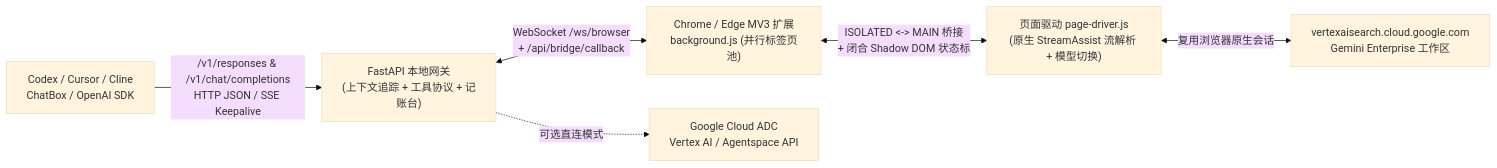
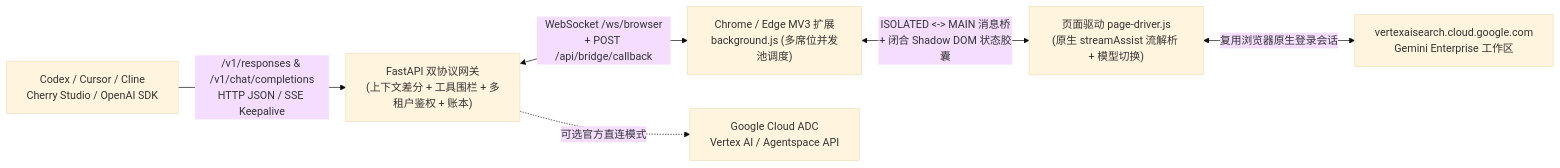
One commit to MagicalNobodee/Gemini-Enterprise-Responses-Bridge changed the diagram in README.md. Above: the diagram before and after it, drawn with Mermaid (base theme). The commit also changed other lines of this file and 9 other files, not shown here.

````diff
--- a/README.md
+++ b/README.md
@@ -51,8 +283,8 @@
 ```mermaid
 flowchart LR
-    Client["Codex / Cursor / Cline\nChatBox / OpenAI SDK"] -->|"/v1/responses & /v1/chat/completions\nHTTP JSON / SSE Keepalive"| Server["FastAPI 本地网关\n(上下文追踪 + 工具协议 + 记账台)"]
-    Server <-->|"WebSocket /ws/browser\n+ /api/bridge/callback"| SW["Chrome / Edge MV3 扩展\nbackground.js (并行标签页池)"]
-    SW <-->|"ISOLATED <-> MAIN 桥接\n+ 闭合 Shadow DOM 状态标"| Driver["页面驱动 page-driver.js\n(原生 StreamAssist 流解析 + 模型切换)"]
-    Driver <-->|"复用浏览器原生会话"| Web["vertexaisearch.cloud.google.com\nGemini Enterprise 工作区"]
-    Server -.->|"可选直连模式"| GCloud["Google Cloud ADC\nVertex AI / Agentspace API"]
+    Client["Codex / Cursor / Cline\nCherry Studio / OpenAI SDK"] -->|"/v1/responses & /v1/chat/completions\nHTTP JSON / SSE Keepalive"| Gateway["FastAPI 双协议网关\n(上下文差分 + 工具围栏 + 多租户鉴权 + 账本)"]
+    Gateway <-->|"WebSocket /ws/browser\n+ POST /api/bridge/callback"| SW["Chrome / Edge MV3 扩展\nbackground.js (多席位并发池调度)"]
+    SW <-->|"ISOLATED <-> MAIN 消息桥\n+ 闭合 Shadow DOM 状态胶囊"| Driver["页面驱动 page-driver.js\n(原生 streamAssist 流解析 + 模型切换)"]
+    Driver <-->|"复用浏览器原生登录会话"| Web["vertexaisearch.cloud.google.com\nGemini Enterprise 工作区"]
+    Gateway -.->|"可选官方直连模式"| GCloud["Google Cloud ADC\nVertex AI / Agentspace API"]
 ```
````
